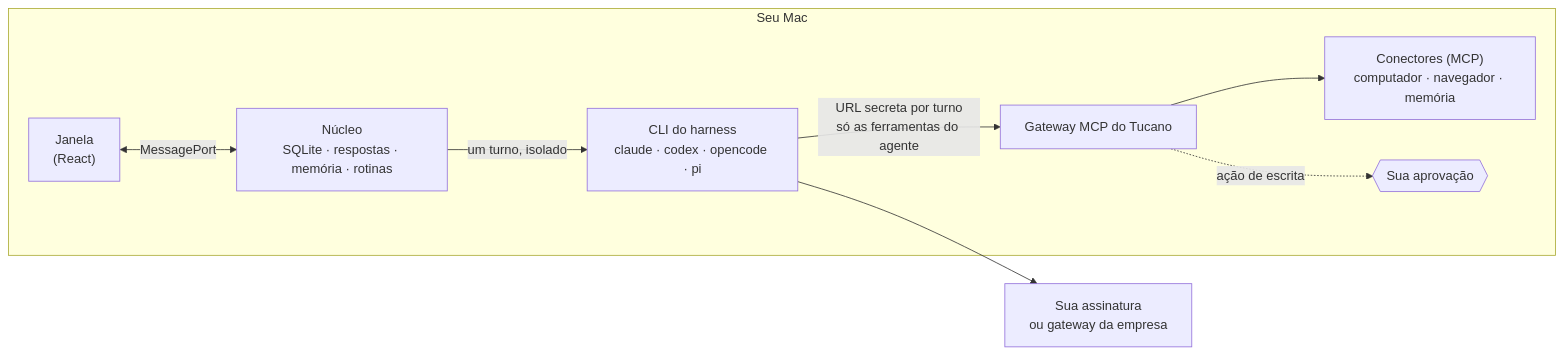
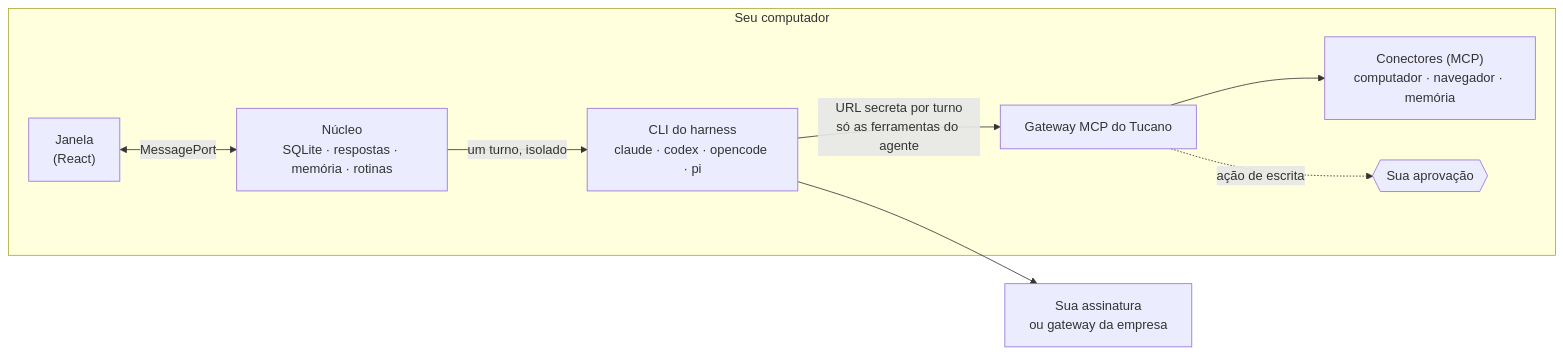
One commit to GianCdM/tucano changed the diagram in README.pt-BR.md. Above: the diagram before and after it, drawn with Mermaid. The commit also changed other lines of this file and 13 other files, not shown here.

````diff
--- a/README.pt-BR.md
+++ b/README.pt-BR.md
@@ -139,11 +146,11 @@
 ```mermaid
 flowchart LR
-  subgraph Mac["Seu Mac"]
+  subgraph Mac["Seu computador"]
     UI["Janela<br/>(React)"] <-->|MessagePort| Core["Núcleo<br/>SQLite · respostas · memória · rotinas"]
     Core -->|"um turno, isolado"| CLI["CLI do harness<br/>claude · codex · opencode · pi"]
     CLI -->|"URL secreta por turno<br/>só as ferramentas do agente"| GW["Gateway MCP do Tucano"]
     GW --> Tools["Conectores (MCP)<br/>computador · navegador · memória"]
     GW -.->|"ação de escrita"| OK{{"Sua aprovação"}}
   end
   CLI --> Model["Sua assinatura<br/>ou gateway da empresa"]
 ```
````
